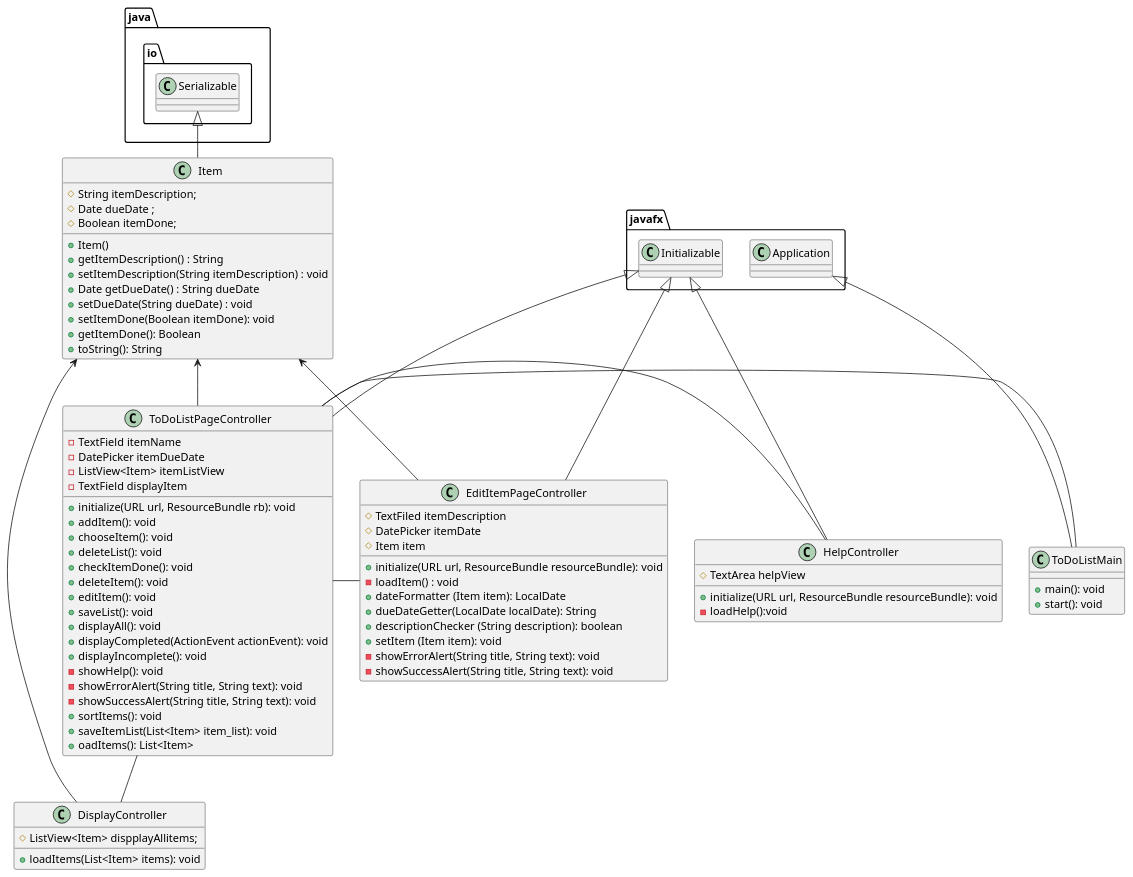
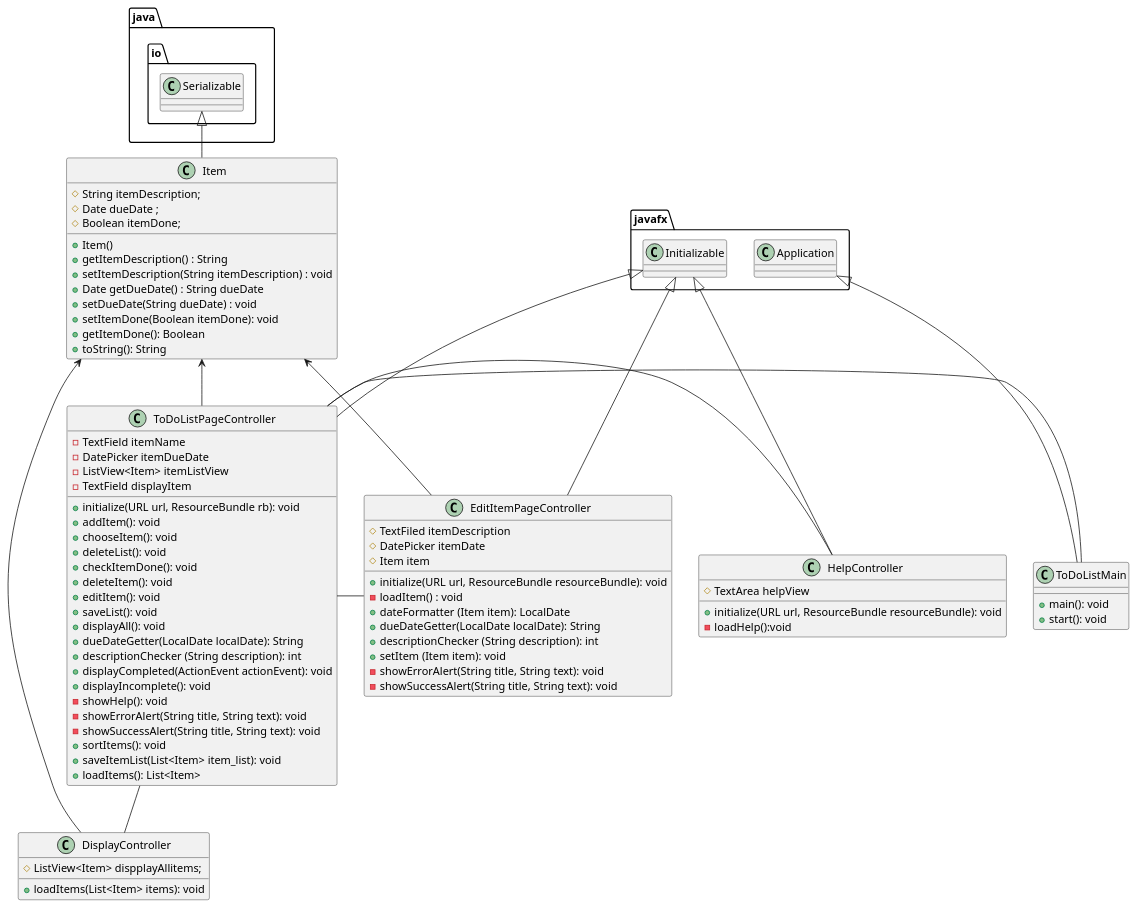
One commit to SaharaSheik/Sheikholeslami-Do-To-List-App changed the diagram in UML/ToDoListApp.puml. Above: the diagram before and after it, drawn with PlantUML. The commit also changed 6 other files, not shown here.

Commit message:
Making some changes to saveItem list to make it testable

```diff
--- a/UML/ToDoListApp.puml
+++ b/UML/ToDoListApp.puml
@@ -1,98 +1,100 @@
 @startuml
 'https://plantuml.com/sequence-diagram
 
 class ToDoListMain{
    + main(): void
    + start(): void
 }
 
 class Item{
  #String itemDescription;
  #Date dueDate ;
  #Boolean itemDone;
 
 +Item()
 + getItemDescription() : String
 + setItemDescription(String itemDescription) : void
 + Date getDueDate() : String dueDate
 + setDueDate(String dueDate) : void
 + setItemDone(Boolean itemDone): void
 + getItemDone(): Boolean
 + toString(): String
 }
 
 
 class ToDoListPageController {
 -TextField itemName
 -DatePicker itemDueDate
 -ListView<Item> itemListView
 -TextField displayItem
 
 +initialize(URL url, ResourceBundle rb): void
 +addItem(): void
 +chooseItem(): void
 +deleteList(): void
 +checkItemDone(): void
 +deleteItem(): void
 +editItem(): void
 +saveList(): void
 +displayAll(): void
++dueDateGetter(LocalDate localDate): String
++descriptionChecker (String description): int
 +displayCompleted(ActionEvent actionEvent): void
 +displayIncomplete(): void
 -showHelp(): void
 -showErrorAlert(String title, String text): void
 -showSuccessAlert(String title, String text): void
 +sortItems(): void
 +saveItemList(List<Item> item_list): void
-+oadItems(): List<Item>
++loadItems(): List<Item>
 
 
 }
 
 
 class EditItemPageController {
 
 #TextFiled itemDescription
 #DatePicker itemDate
 #Item item
 +initialize(URL url, ResourceBundle resourceBundle): void
 -loadItem() : void
 +dateFormatter (Item item): LocalDate
 +dueDateGetter(LocalDate localDate): String
-+descriptionChecker (String description): boolean
++descriptionChecker (String description): int
 +setItem (Item item): void
 -showErrorAlert(String title, String text): void
 -showSuccessAlert(String title, String text): void
 
 }
 
 class DisplayController {
 
 #ListView<Item> dispplayAllitems;
 +loadItems(List<Item> items): void
 
 }
 class HelpController{
 #TextArea helpView
 +initialize(URL url, ResourceBundle resourceBundle): void
 -loadHelp():void
 }
 
 
 
 javafx.Application <|-- ToDoListMain
 java.io.Serializable<|--Item
 javafx.Initializable<|--ToDoListPageController
 javafx.Initializable<|-EditItemPageController
 javafx.Initializable<|--HelpController
 ToDoListPageController - ToDoListMain
 Item<-EditItemPageController
 Item<--ToDoListPageController
 ToDoListPageController-EditItemPageController
 ToDoListPageController-- DisplayController
 Item<- DisplayController
 ToDoListPageController-HelpController
 
 
 
 @enduml
```
